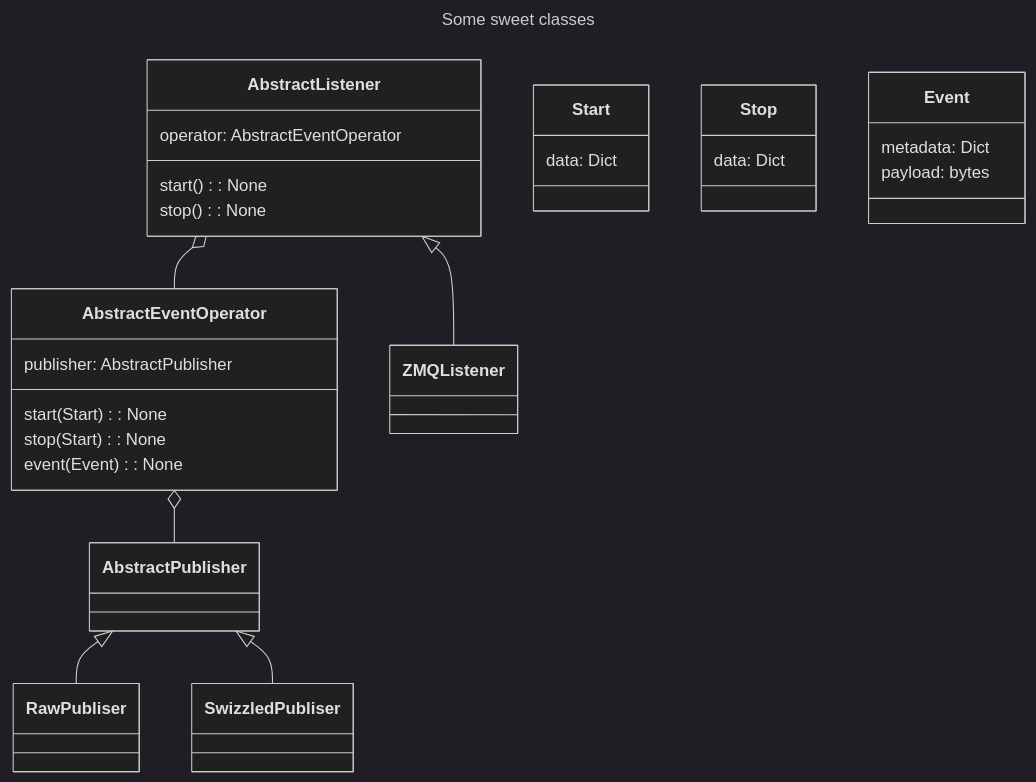
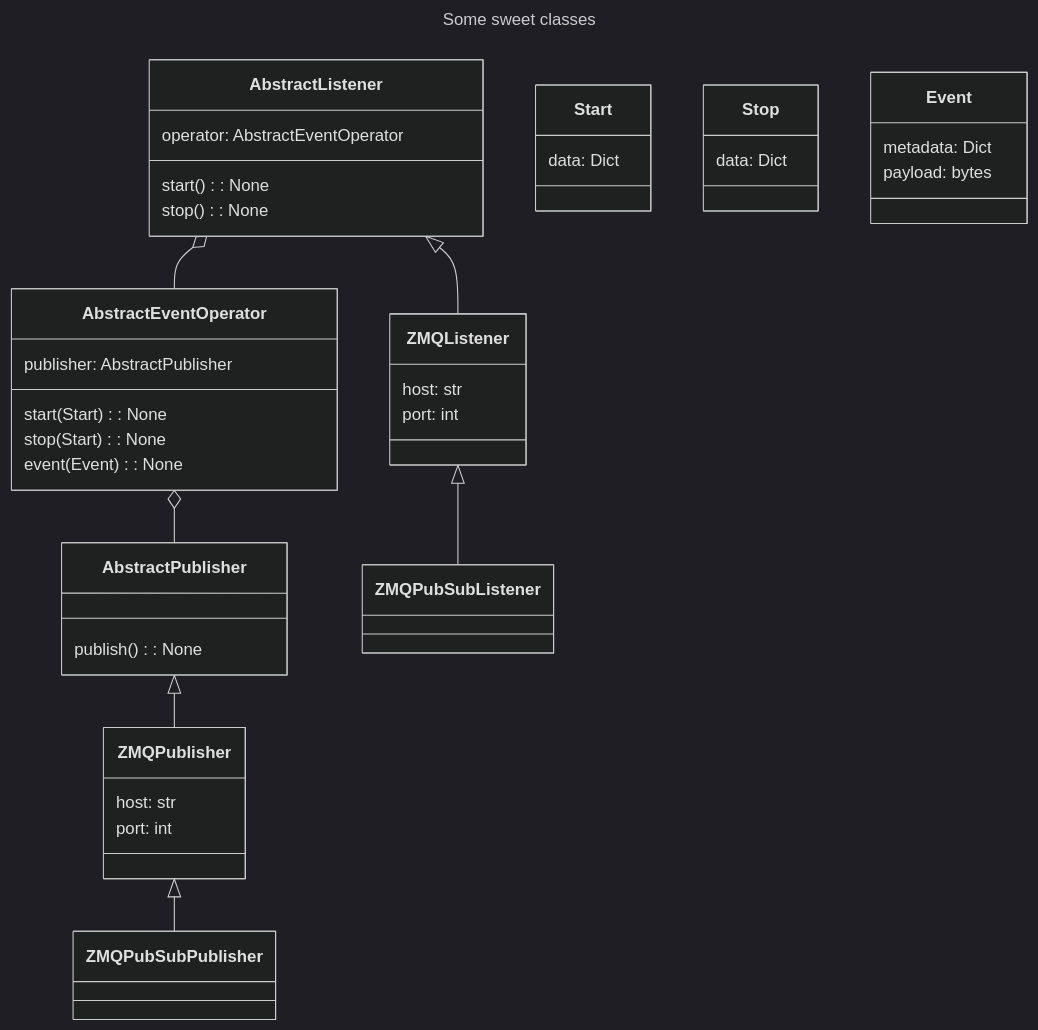
Before and after one commit to als-computing/arroyopy: the diagram in README.md, drawn with Mermaid (dark theme). The commit also changed other lines of this file, not shown here.

Commit message:
first pass

````diff
--- a/README.md
+++ b/README.md
@@ -6,56 +15,73 @@
 ```mermaid
 ---
 title: Some sweet classes
 
 note: I guess we use "None" instead of "void"
 ---
 
 classDiagram
 
     class AbstractListener{
         operator: AbstractEventOperator
 
         start(): None  
         stop(): None
     }
 
 
     class AbstractEventOperator{
         publisher: AbstractPublisher
         start(Start): None
         stop(Start): None
         event(Event): None
     }
 
     class AbstractPublisher{
+        publish(): None
+    }
+
+   class ZMQPublisher{
+        host: str
+        port: int
+    }
+
+    class ZMQPubSubPublisher{
 
     }
-
 
     class Start{
         data: Dict
     }
    
     class Stop{
         data: Dict
     }
 
     class Event{
         metadata: Dict
         payload: bytes
     }
 
     class ZMQListener{
+        host: str
+        port: int
+    }
+
+    class ZMQPubSubListener{
 
     }
 
     AbstractListener <|-- ZMQListener
+    ZMQListener <|-- ZMQPubSubListener
     AbstractListener o-- AbstractEventOperator
 
-    AbstractPublisher <|-- RawPubliser
-    AbstractPublisher <|-- SwizzledPubliser
+
+    AbstractPublisher <|-- ZMQPublisher
+    ZMQPublisher <|-- ZMQPubSubPublisher
+
+
     AbstractEventOperator o-- AbstractPublisher
-    
+
     
 
 ```
````
